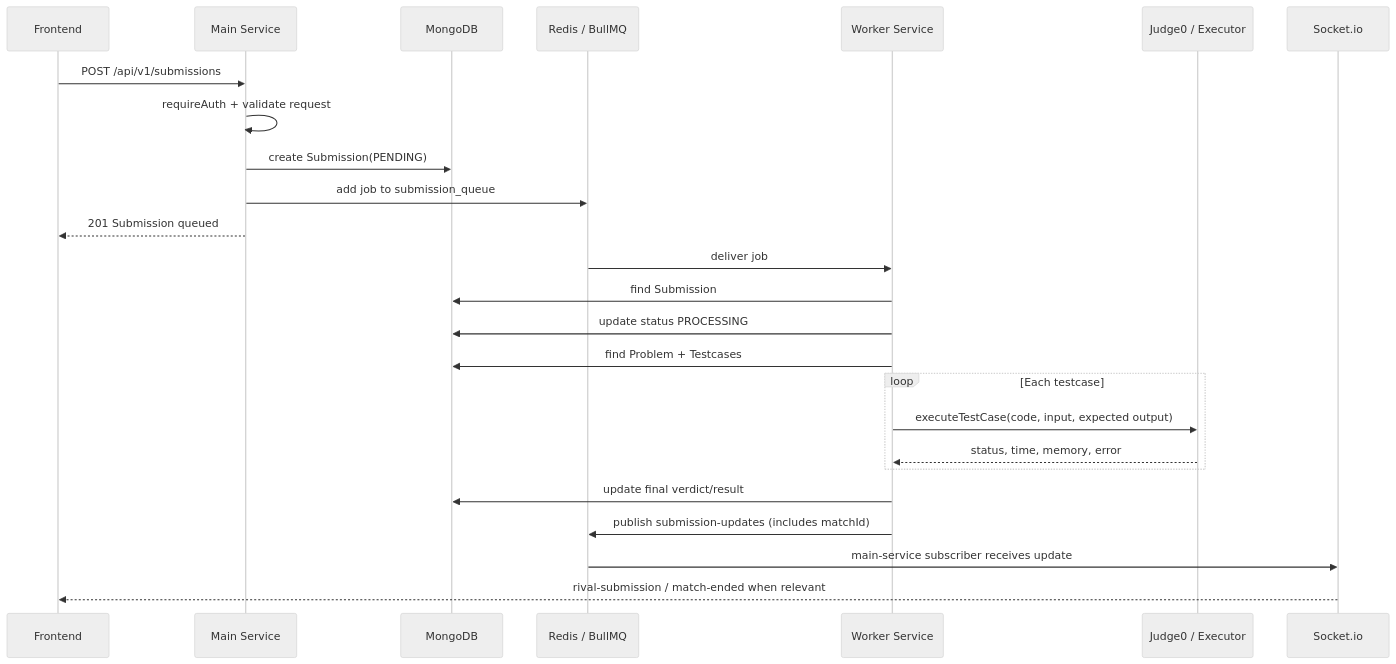
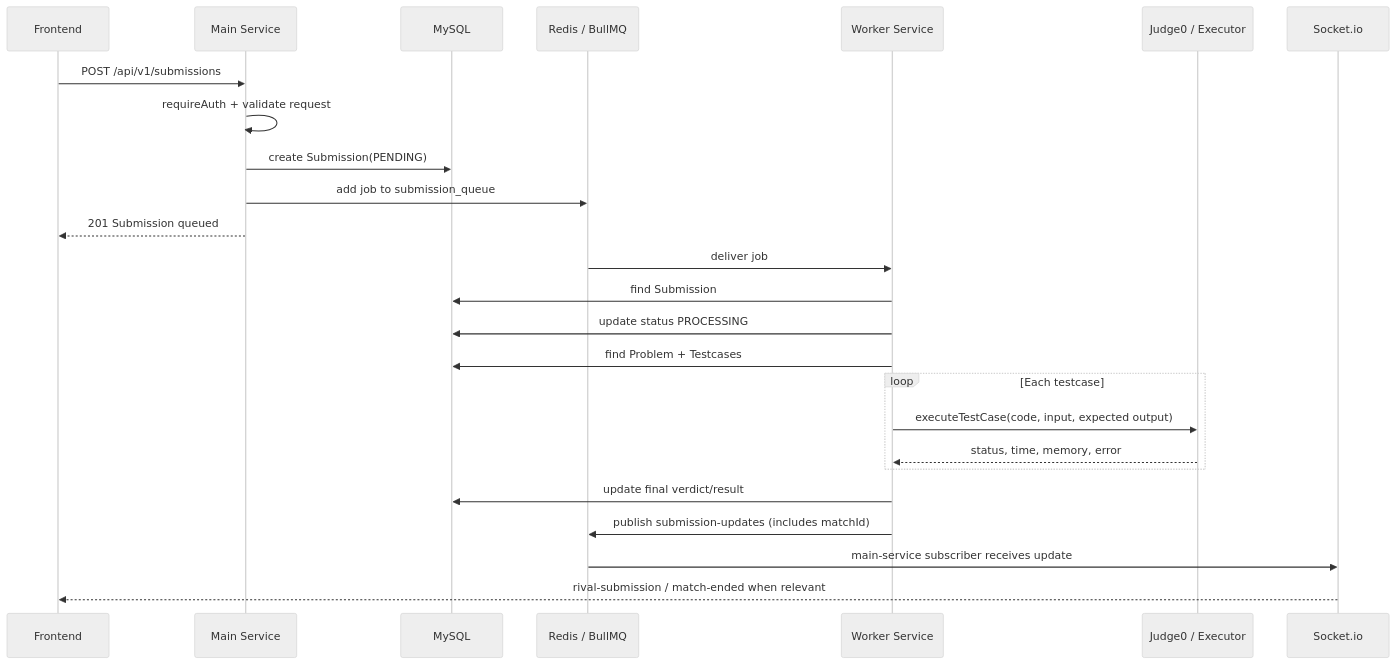
One commit to JamesHarrision/fessior-oj-backend changed the diagram in docs/submission-flow.md. Above: the diagram before and after it, drawn with Mermaid (neutral theme). The commit also changed other lines of this file and 15 other files, not shown here.

Commit message:
docs: document simplified mysql architecture

````diff
--- a/docs/submission-flow.md
+++ b/docs/submission-flow.md
@@ -7,31 +7,31 @@
 ```mermaid
 sequenceDiagram
   participant FE as Frontend
   participant API as Main Service
-  participant Mongo as MongoDB
+  participant MySQL as MySQL
   participant Redis as Redis / BullMQ
   participant Worker as Worker Service
   participant Judge as Judge0 / Executor
   participant Socket as Socket.io
 
   FE->>API: POST /api/v1/submissions
   API->>API: requireAuth + validate request
-  API->>Mongo: create Submission(PENDING)
+  API->>MySQL: create Submission(PENDING)
   API->>Redis: add job to submission_queue
   API-->>FE: 201 Submission queued
 
   Redis->>Worker: deliver job
-  Worker->>Mongo: find Submission
-  Worker->>Mongo: update status PROCESSING
-  Worker->>Mongo: find Problem + Testcases
+  Worker->>MySQL: find Submission
+  Worker->>MySQL: update status PROCESSING
+  Worker->>MySQL: find Problem + Testcases
 
   loop Each testcase
     Worker->>Judge: executeTestCase(code, input, expected output)
     Judge-->>Worker: status, time, memory, error
   end
 
-  Worker->>Mongo: update final verdict/result
+  Worker->>MySQL: update final verdict/result
   Worker->>Redis: publish submission-updates (includes matchId)
   Redis->>Socket: main-service subscriber receives update
   Socket-->>FE: rival-submission / match-ended when relevant
 ```
````
